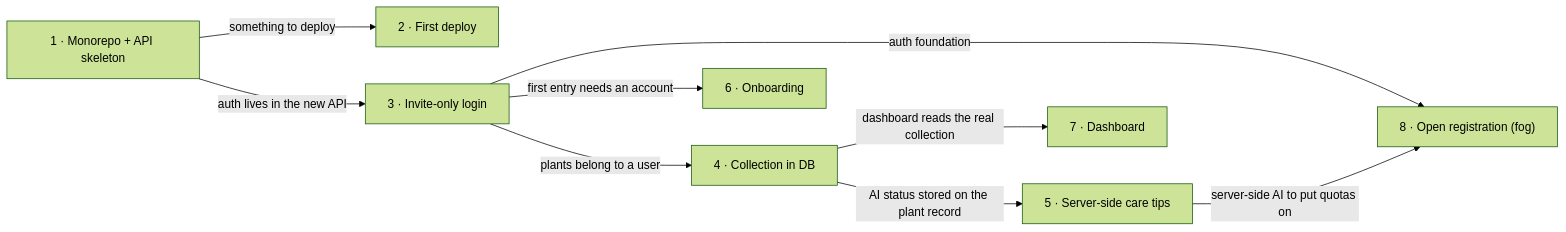
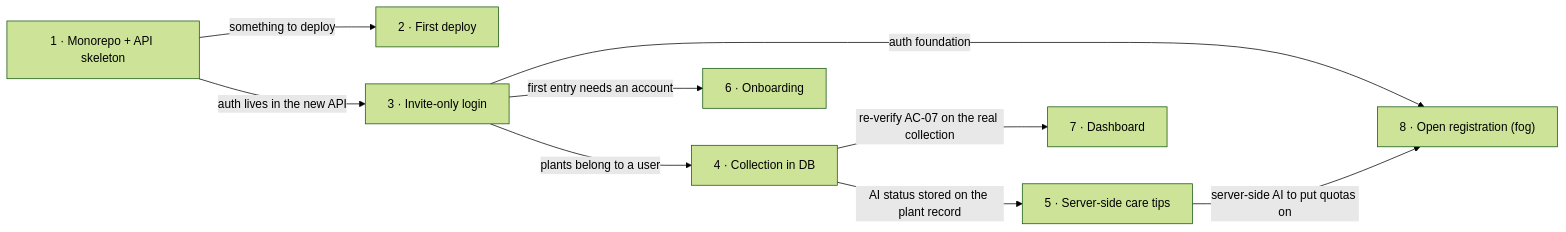
One commit to orkdrnke/Planted-AI changed the diagram in docs/roadmap.md. Above: the diagram before and after it, drawn with Mermaid (forest theme). The commit also changed other lines of this file, not shown here.

Commit message:
specify: roadmap.md

````diff
--- a/docs/roadmap.md
+++ b/docs/roadmap.md
@@ -66,11 +67,11 @@
 ```mermaid
 flowchart LR
   s1["1 · Monorepo + API skeleton"] -->|something to deploy| s2["2 · First deploy"]
   s1 -->|auth lives in the new API| s3["3 · Invite-only login"]
   s3 -->|plants belong to a user| s4["4 · Collection in DB"]
   s3 -->|first entry needs an account| s6["6 · Onboarding"]
   s4 -->|AI status stored on the plant record| s5["5 · Server-side care tips"]
-  s4 -->|dashboard reads the real collection| s7["7 · Dashboard"]
+  s4 -->|re-verify AC-07 on the real collection| s7["7 · Dashboard"]
   s3 -->|auth foundation| s8["8 · Open registration (fog)"]
   s5 -->|server-side AI to put quotas on| s8
 ```
````
